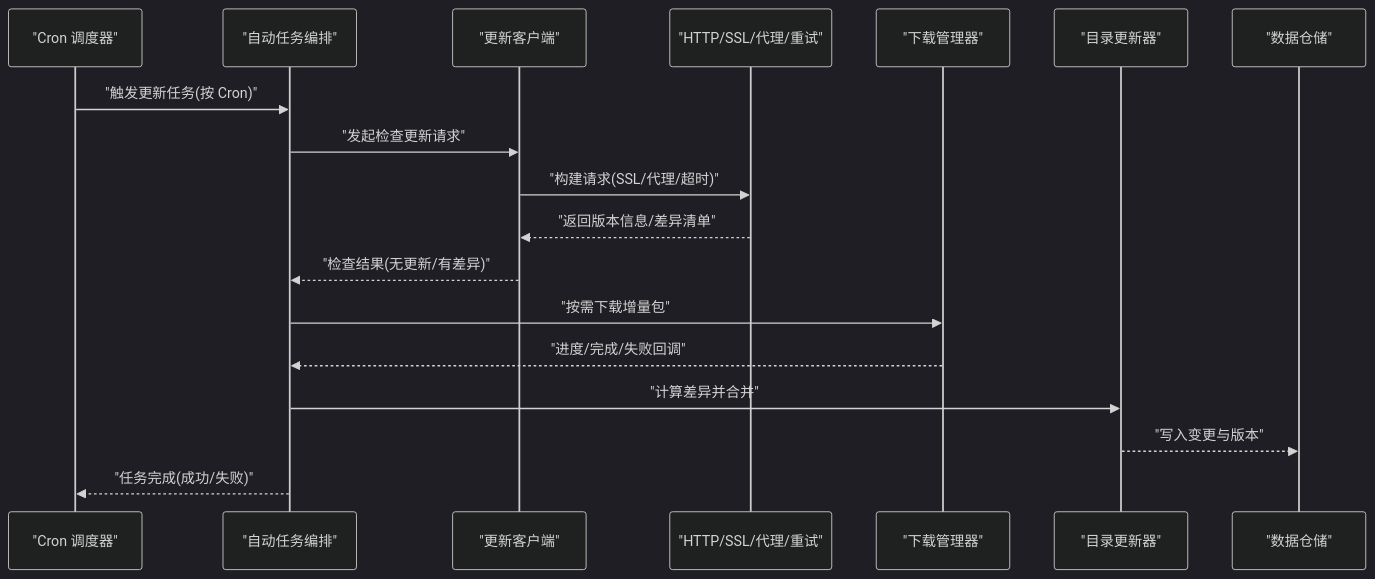
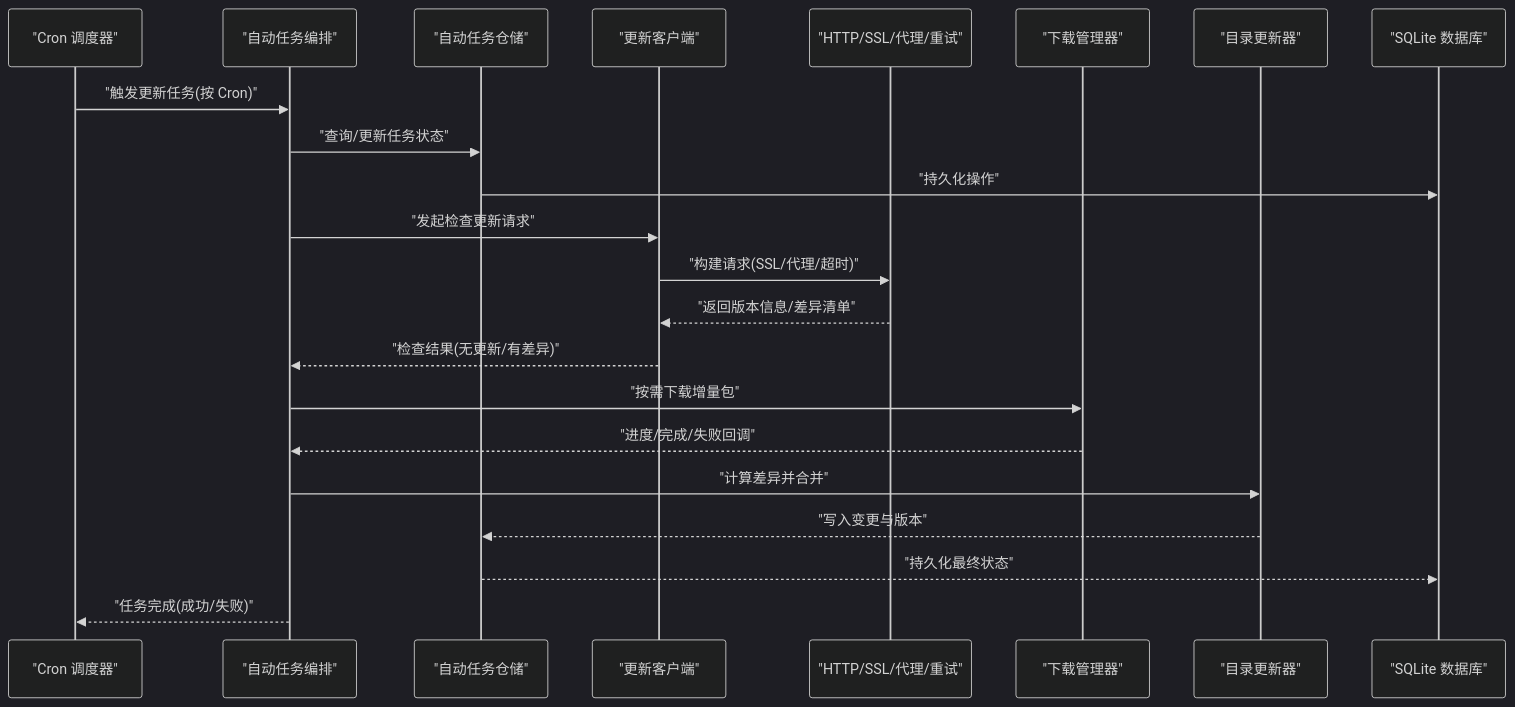
Before and after one commit to ZhangGHGitHub/LegadoTeamFlutter: the second of 11 diagrams in .qoder/repowiki/zh/content/项目概述/核心功能特性/网络源系统/自动更新系统.md, drawn with Mermaid (dark theme). The commit also changed other lines of this file and 173 other files, not shown here.

````diff
--- a/.qoder/repowiki/zh/content/项目概述/核心功能特性/网络源系统/自动更新系统.md
+++ b/.qoder/repowiki/zh/content/项目概述/核心功能特性/网络源系统/自动更新系统.md
@@ -121,20 +112,24 @@
 ```mermaid
 sequenceDiagram
 participant Cron as "Cron 调度器"
 participant AutoTask as "自动任务编排"
+participant Repo as "自动任务仓储"
 participant Client as "更新客户端"
 participant Net as "HTTP/SSL/代理/重试"
 participant DL as "下载管理器"
 participant Toc as "目录更新器"
-participant Repo as "数据仓储"
+participant DB as "SQLite 数据库"
 Cron->>AutoTask : "触发更新任务(按 Cron)"
+AutoTask->>Repo : "查询/更新任务状态"
+Repo->>DB : "持久化操作"
 AutoTask->>Client : "发起检查更新请求"
 Client->>Net : "构建请求(SSL/代理/超时)"
 Net-->>Client : "返回版本信息/差异清单"
 Client-->>AutoTask : "检查结果(无更新/有差异)"
 AutoTask->>DL : "按需下载增量包"
 DL-->>AutoTask : "进度/完成/失败回调"
 AutoTask->>Toc : "计算差异并合并"
 Toc-->>Repo : "写入变更与版本"
+Repo-->>DB : "持久化最终状态"
 AutoTask-->>Cron : "任务完成(成功/失败)"
 ```
````
